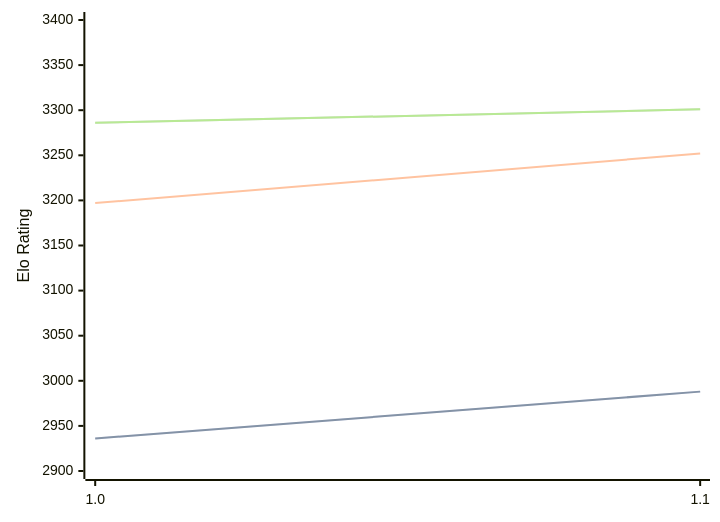
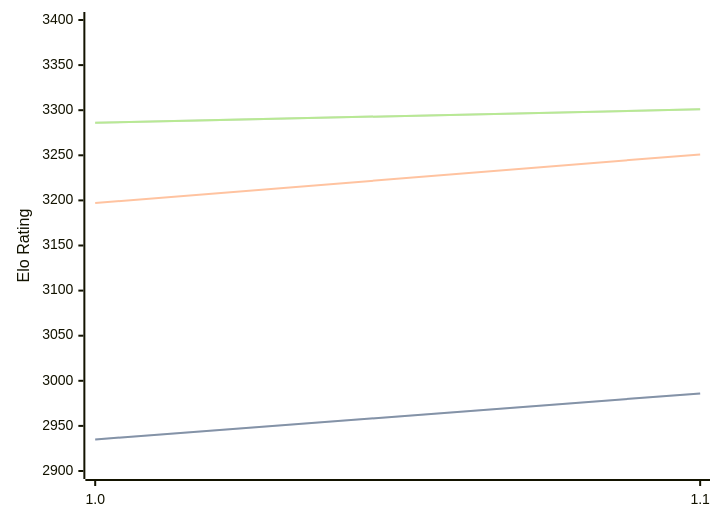
The diagram in engines/RodentV.md (computer-chess-index/cci), drawn with Mermaid before and after one commit. The commit also changed other lines of this file, not shown here.

````diff
--- a/engines/RodentV.md
+++ b/engines/RodentV.md
@@ -33,11 +33,11 @@
 ```mermaid
 %%{init: {"theme":"base","themeVariables":{"seriesColors:['#a3a3a3','#222221','#faa371']}}}%%
 xychart-beta
   x-axis ["1.0", "1.1"]
   y-axis "Elo Rating" 2900 --> 3400
-  line "" [2936, 2988]
-  line "STC (8.0+0.08s)" [2936, 2988]
-  line "LTC (60.0+0.60s)" [3197, 3252]
+  line "" [2935, 2986]
+  line "STC (8.0+0.08s)" [2935, 2986]
+  line "LTC (60.0+0.60s)" [3197, 3251]
   line "" [3286, 3301]
   line "VLTC (2m24s+1.12s)" [3286, 3301]
 ```
````
